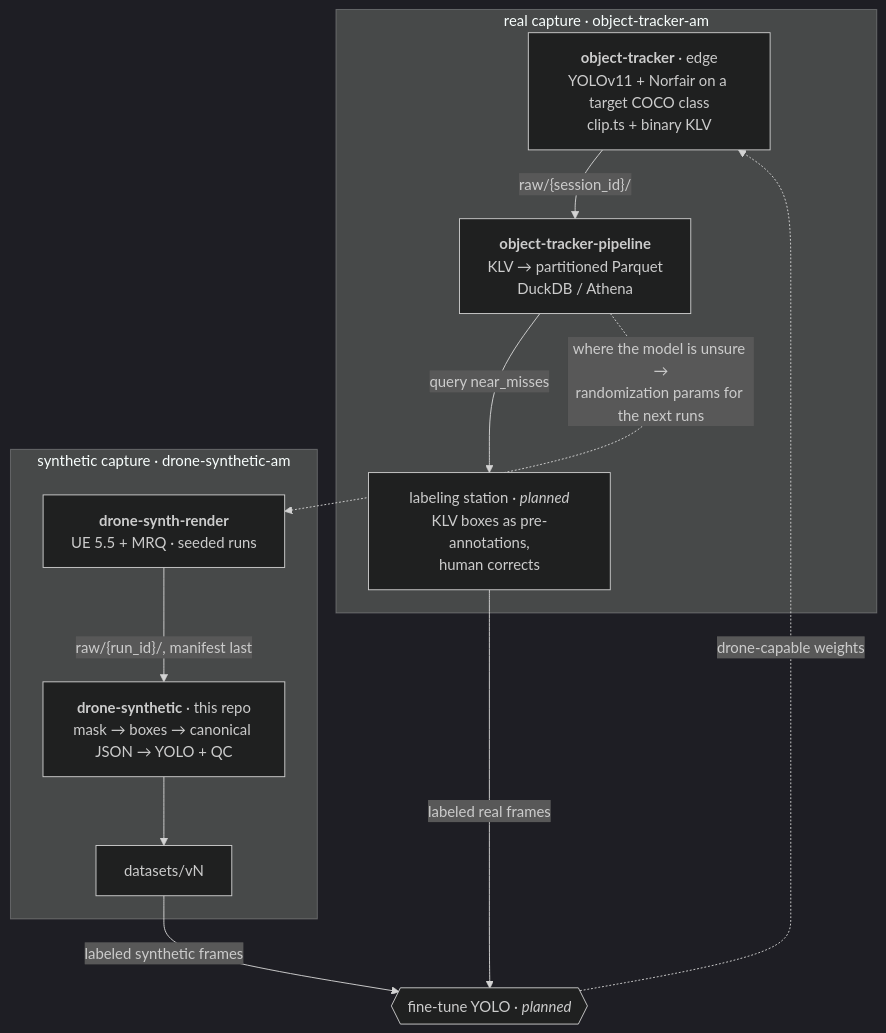
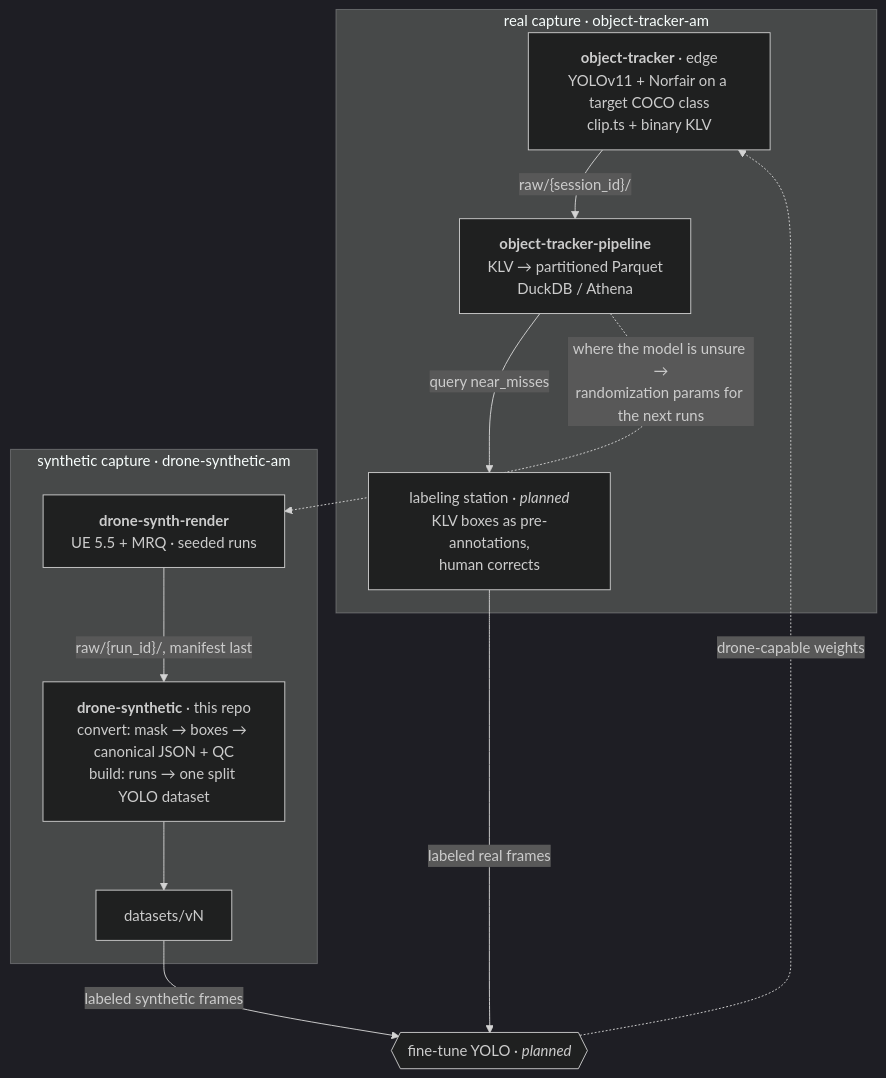
One commit to AlaricManning/drone-synthetic changed the diagram in README.md. Above: the diagram before and after it, drawn with Mermaid (dark theme). The commit also changed other lines of this file and 1 other file, not shown here.

````diff
--- a/README.md
+++ b/README.md
@@ -97,24 +157,24 @@
 ```mermaid
 flowchart TB
     subgraph real["real capture · object-tracker-am"]
         T["<b>object-tracker</b> · edge<br/>YOLOv11 + Norfair on a target COCO class<br/>clip.ts + binary KLV"]
         CAT["<b>object-tracker-pipeline</b><br/>KLV → partitioned Parquet<br/>DuckDB / Athena"]
         LBL["labeling station · <i>planned</i><br/>KLV boxes as pre-annotations,<br/>human corrects"]
         T -->|"raw/{session_id}/"| CAT
         CAT -->|"query near_misses"| LBL
     end
 
     subgraph syn["synthetic capture · drone-synthetic-am"]
         R["<b>drone-synth-render</b><br/>UE 5.5 + MRQ · seeded runs"]
-        D["<b>drone-synthetic</b> · this repo<br/>mask → boxes → canonical JSON → YOLO + QC"]
+        D["<b>drone-synthetic</b> · this repo<br/>convert: mask → boxes → canonical JSON + QC<br/>build: runs → one split YOLO dataset"]
         DS["datasets/vN"]
         R -->|"raw/{run_id}/, manifest last"| D --> DS
     end
 
     FT{{"fine-tune YOLO · <i>planned</i>"}}
 
     LBL -->|"labeled real frames"| FT
     DS -->|"labeled synthetic frames"| FT
     FT -.->|"drone-capable weights"| T
     CAT -.->|"where the model is unsure →<br/>randomization params for the next runs"| R
 ```
````
